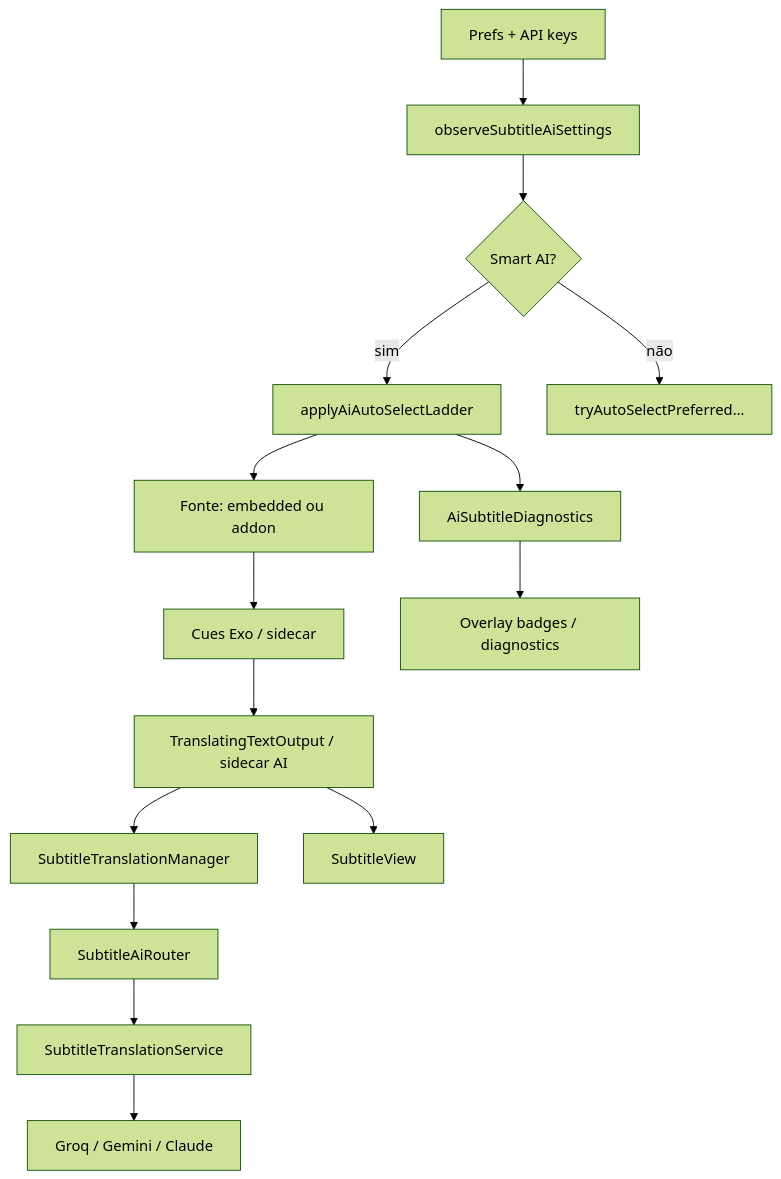
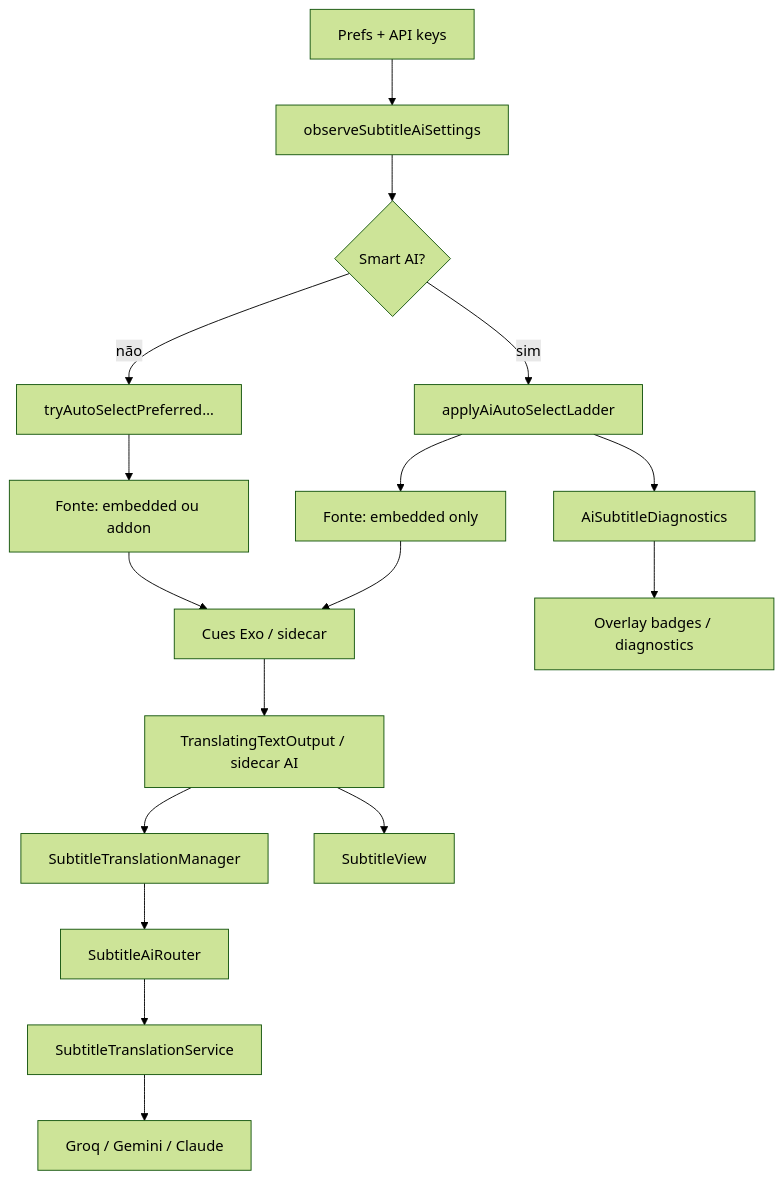
One commit to ceschini86/NuvioTV changed the diagram in docs/architecture-ai-subtitles.md. Above: the diagram before and after it, drawn with Mermaid (forest theme). The commit also changed other lines of this file and 26 other files, not shown here.

````diff
--- a/docs/architecture-ai-subtitles.md
+++ b/docs/architecture-ai-subtitles.md
@@ -99,17 +99,19 @@
 ```mermaid
 flowchart TB
   Prefs[Prefs + API keys] --> Observe[observeSubtitleAiSettings]
   Observe --> Ladder{Smart AI?}
   Ladder -->|sim| L[applyAiAutoSelectLadder]
   Ladder -->|não| Classic[tryAutoSelectPreferred…]
-  L --> Src[Fonte: embedded ou addon]
+  L --> Src[Fonte: embedded only]
+  Classic --> SrcClassic[Fonte: embedded ou addon]
   Src --> Cues[Cues Exo / sidecar]
+  SrcClassic --> Cues
   Cues --> TTO[TranslatingTextOutput / sidecar AI]
   TTO --> Mgr[SubtitleTranslationManager]
   Mgr --> Router[SubtitleAiRouter]
   Router --> Svc[SubtitleTranslationService]
   Svc --> Net[Groq / Gemini / Claude]
   TTO --> View[SubtitleView]
   L --> Diag[AiSubtitleDiagnostics]
   Diag --> UI[Overlay badges / diagnostics]
 ```
````
